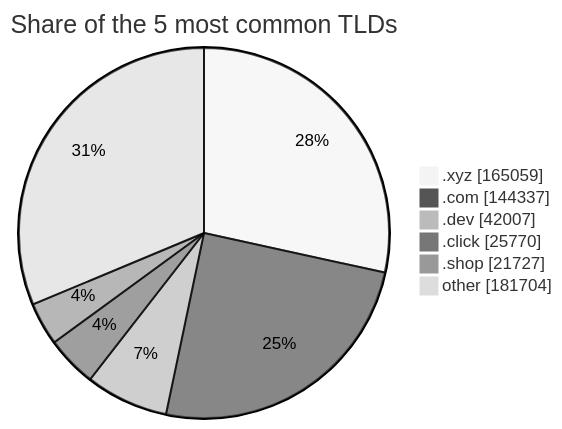
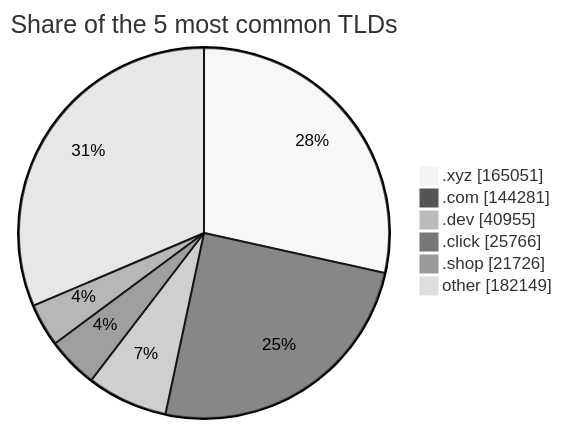
One commit to DNSBunker/CTI changed the third of 3 diagrams in README.md. Above: the diagram before and after it, drawn with Mermaid (neutral theme). The commit also changed other lines of this file and 3 other files, not shown here.

````diff
--- a/README.md
+++ b/README.md
@@ -81,9 +81,9 @@
 ```mermaid
 pie showData title Share of the 5 most common TLDs
-    ".xyz" : 165059
-    ".com" : 144337
-    ".dev" : 42007
-    ".click" : 25770
-    ".shop" : 21727
-    "other" : 181704
+    ".xyz" : 165051
+    ".com" : 144281
+    ".dev" : 40955
+    ".click" : 25766
+    ".shop" : 21726
+    "other" : 182149
 ```
````
